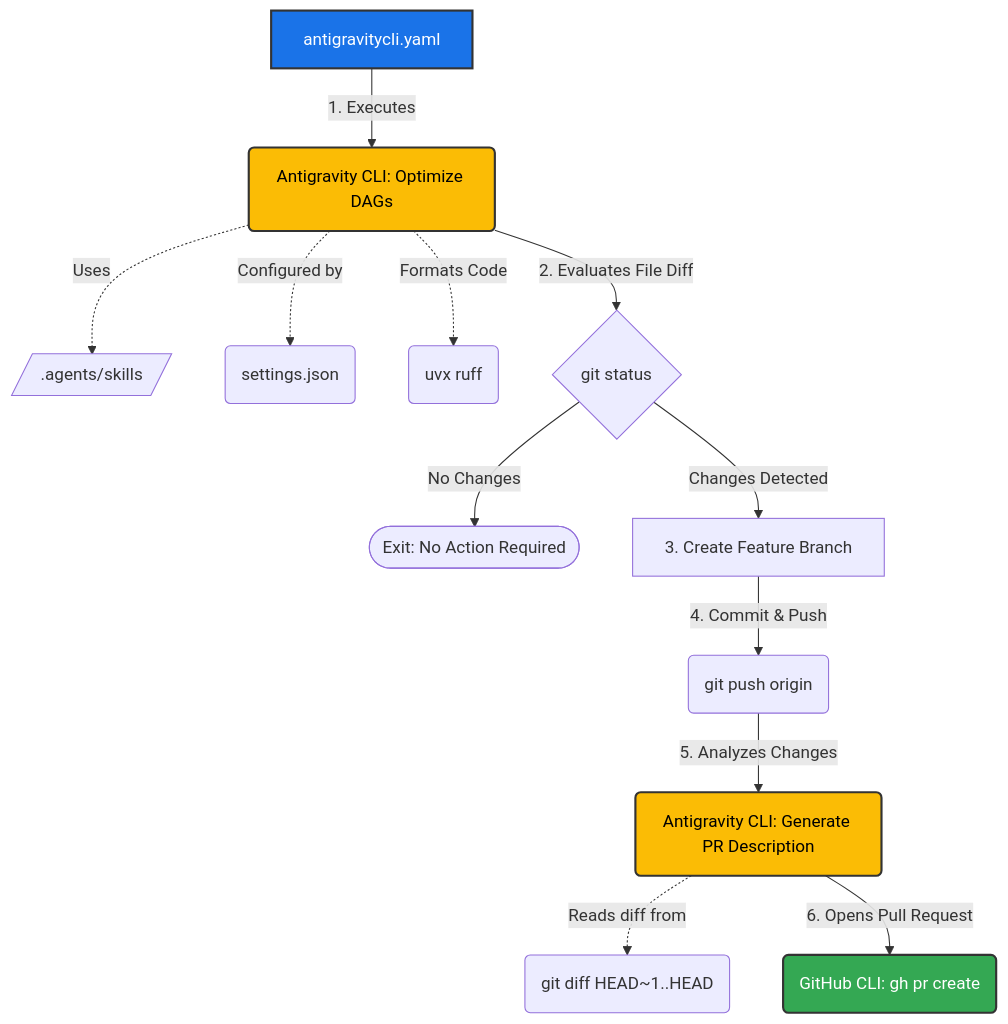
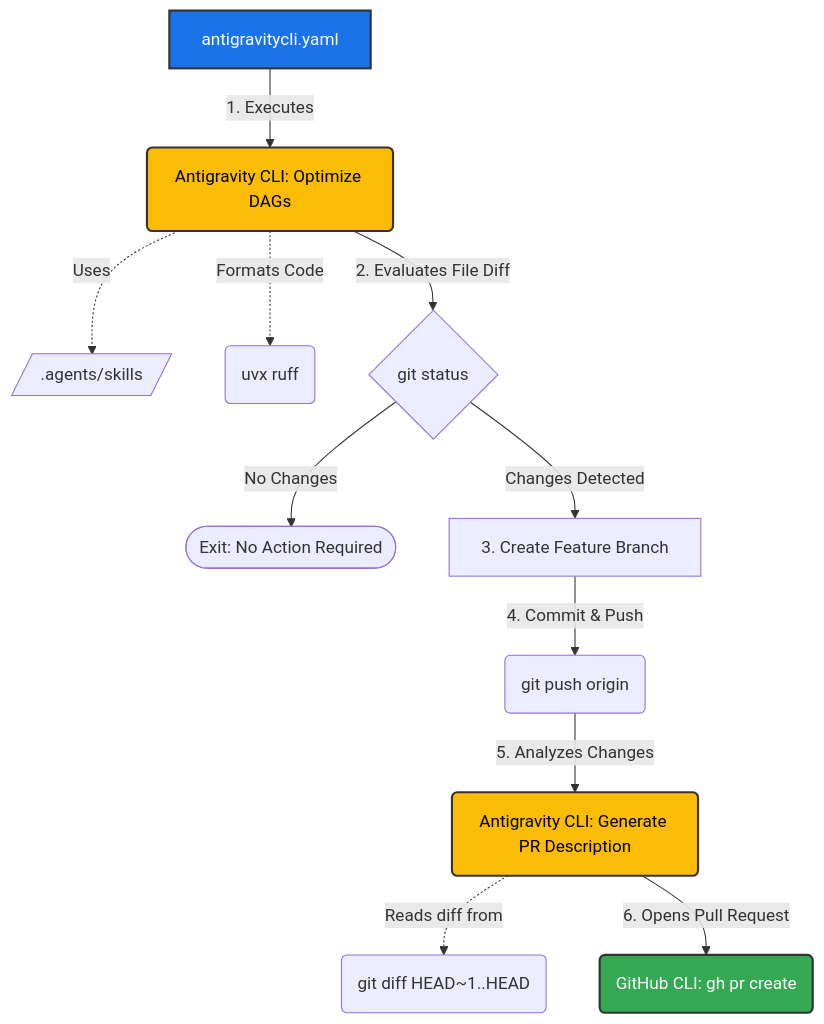
Before and after one commit to danieldeleo/composer-utilities: the second of 2 diagrams in cicd/README.md, drawn with Mermaid. The commit also changed other lines of this file and 2 other files, not shown here.

Commit message:
refactor: remove local settings.json file and move configuration into antigravitycli.yaml build substitutions

````diff
--- a/cicd/README.md
+++ b/cicd/README.md
@@ -119,25 +119,24 @@
 ```mermaid
 flowchart TD
     AGY_YAML[antigravitycli.yaml] -->|1. Executes| AGY_OPT(Antigravity CLI: Optimize DAGs)
     
     AGY_OPT -.->|Uses| SKILLS[/.agents/skills/]
-    AGY_OPT -.->|Configured by| SETTINGS(settings.json)
     AGY_OPT -.->|Formats Code| RUFF(uvx ruff)
     
     AGY_OPT -->|2. Evaluates File Diff| DIFF{git status}
     
     DIFF -- No Changes --> EXIT([Exit: No Action Required])
     DIFF -- Changes Detected --> BRANCH[3. Create Feature Branch]
     
     BRANCH -->|4. Commit & Push| PUSH(git push origin)
     
     PUSH -->|5. Analyzes Changes| AGY_PR(Antigravity CLI: Generate PR Description)
     AGY_PR -.->|Reads diff from| HEAD(git diff HEAD~1..HEAD)
     
     AGY_PR -->|6. Opens Pull Request| GH_PR(GitHub CLI: gh pr create)
     
     style AGY_YAML fill:#1A73E8,stroke:#333,stroke-width:2px,color:#fff
     style AGY_OPT fill:#FBBC05,stroke:#333,stroke-width:2px,color:#000
     style AGY_PR fill:#FBBC05,stroke:#333,stroke-width:2px,color:#000
     style GH_PR fill:#34A853,stroke:#333,stroke-width:2px,color:#fff
 ```
````
